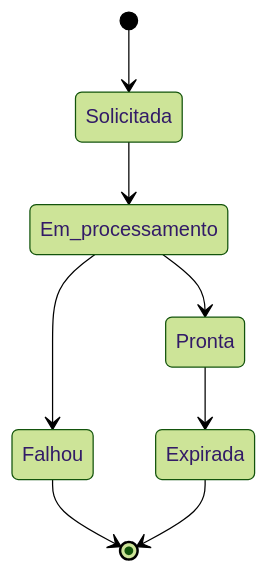
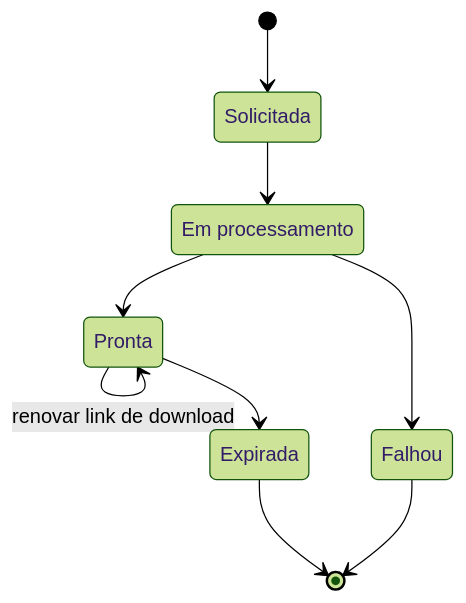
Diagram 53 of 53 in docs/05-backend/02-diagramas-de-sequencia-e-estados.md (pedrolems/CondomiFacil), drawn with Mermaid (forest theme) before and after one commit. The commit also changed other lines of this file and 55 other files, not shown here.

````diff
--- a/docs/05-backend/02-diagramas-de-sequencia-e-estados.md
+++ b/docs/05-backend/02-diagramas-de-sequencia-e-estados.md
@@ -1822,10 +1825,16 @@
 ```mermaid
 stateDiagram-v2
- [*] --> Solicitada
- Solicitada --> Em_processamento
- Em_processamento --> Pronta
- Em_processamento --> Falhou
- Pronta --> Expirada
- Falhou --> [*]
- Expirada --> [*]
+ state "Solicitada" as SO
+ state "Em processamento" as EP
+ state "Pronta" as PR
+ state "Falhou" as FA
+ state "Expirada" as EX
+ [*] --> SO
+ SO --> EP
+ EP --> PR
+ EP --> FA
+ PR --> PR: renovar link de download
+ PR --> EX
+ FA --> [*]
+ EX --> [*]
 ```
````
